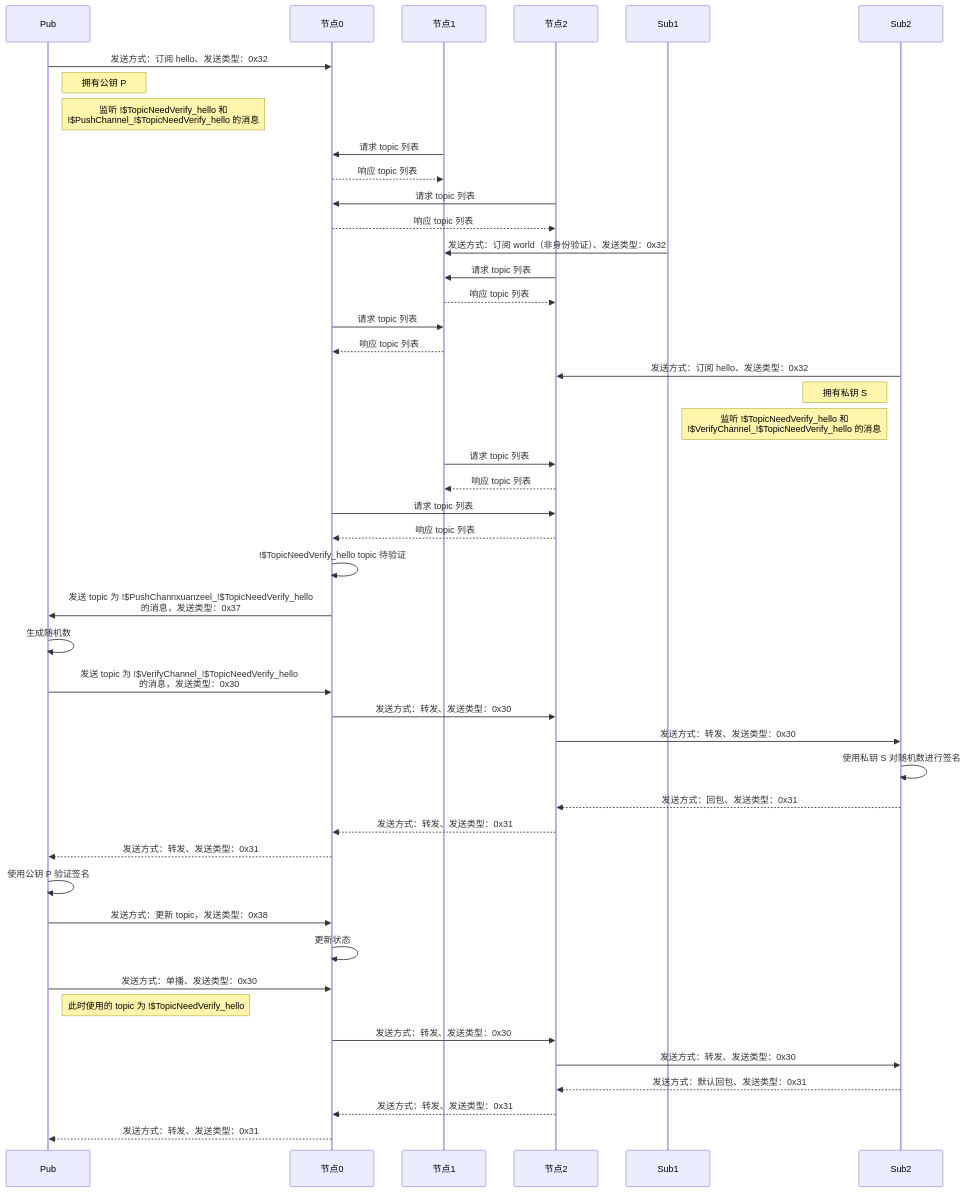
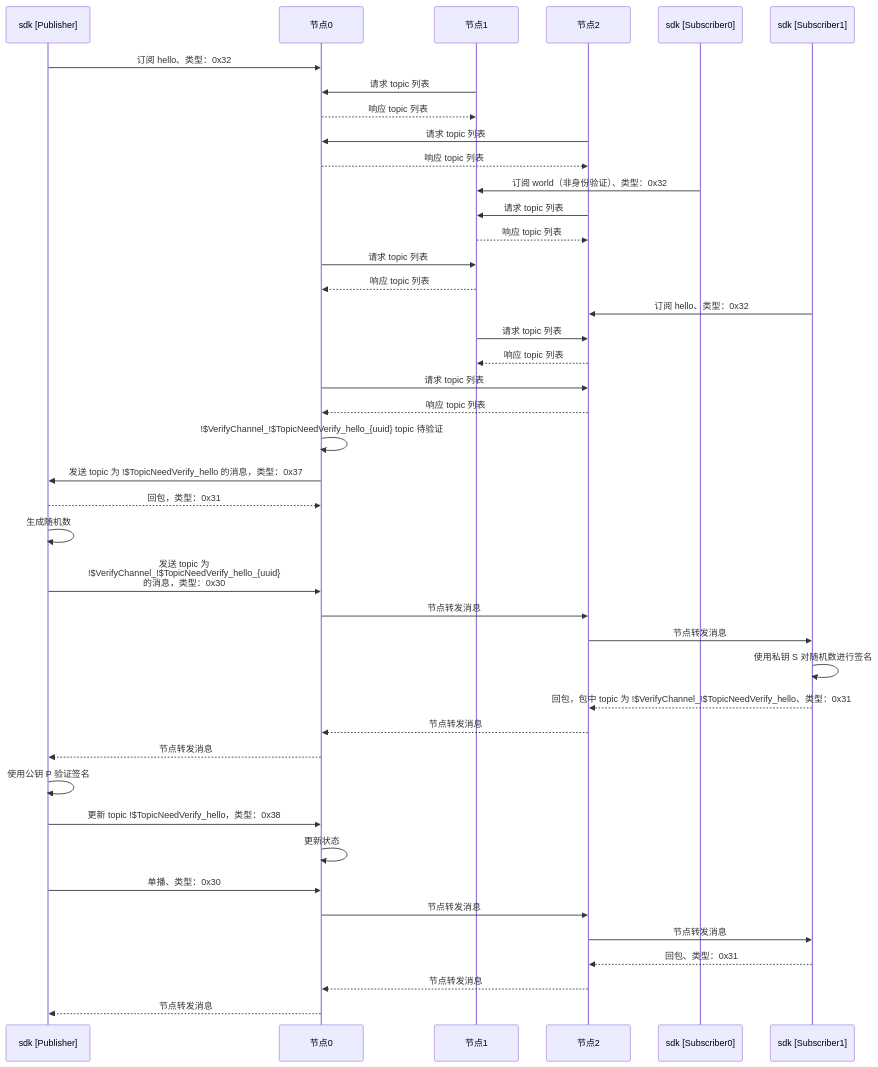
Before and after one commit to sulenn/blogDir: the third of 3 diagrams in practice/实习期工作计划/工作产出/amop/时序图.md, drawn with Mermaid. The commit also changed other lines of this file and 13 other files, not shown here.

````diff
--- a/practice/实习期工作计划/工作产出/amop/时序图.md
+++ b/practice/实习期工作计划/工作产出/amop/时序图.md
@@ -80,93 +109,84 @@
 ```mermaid
 sequenceDiagram
-  
-  participant Pub
+        participant sdk [Publisher]
 
-  participant 节点0
- 
-  participant 节点1
-  
-  participant 节点2
+        participant 节点0
+        
+        participant 节点1
+        
+        participant 节点2
 
-  participant Sub1
-  
-  participant Sub2
-  
-  Pub->>节点0: 发送方式：订阅 hello、发送类型：0x32
-  
-  Note right of Pub: 拥有公钥 P
-  
-  Note right of Pub: 监听 !$TopicNeedVerify_hello 和<br>!$PushChannel_!$TopicNeedVerify_hello 的消息
-  
-  节点1->>节点0: 请求 topic 列表
-  
-  节点0-->>节点1: 响应 topic 列表
-  
-  节点2->>节点0: 请求 topic 列表
-  
-  节点0-->>节点2: 响应 topic 列表
+        participant sdk [Subscriber0]
+        
+        participant sdk [Subscriber1]
+        
+        sdk [Publisher]->>节点0: 订阅 hello、类型：0x32
+        
+        节点1->>节点0: 请求 topic 列表
+        
+        节点0-->>节点1: 响应 topic 列表
+        
+        节点2->>节点0: 请求 topic 列表
+        
+        节点0-->>节点2: 响应 topic 列表
 
-  Sub1->>节点1: 发送方式：订阅 world（非身份验证）、发送类型：0x32
-  
-  节点2 ->> 节点1: 请求 topic 列表
-  
-  节点1-->>节点2: 响应 topic 列表
-  
-  节点0->>节点1: 请求 topic 列表
-  
-  节点1-->>节点0: 响应 topic 列表
-  
-  Sub2->>节点2: 发送方式：订阅 hello、发送类型：0x32
-  
-  Note left of Sub2: 拥有私钥 S
-  
-  Note left of Sub2: 监听 !$TopicNeedVerify_hello 和<br>!$VerifyChannel_!$TopicNeedVerify_hello 的消息
-  
-  节点1 ->> 节点2: 请求 topic 列表
-  
-  节点2-->>节点1: 响应 topic 列表
-  
-  节点0->>节点2: 请求 topic 列表
-  
-  节点2-->>节点0: 响应 topic 列表
+        sdk [Subscriber0]->>节点1: 订阅 world（非身份验证）、类型：0x32
+        
+        节点2 ->> 节点1: 请求 topic 列表
+        
+        节点1-->>节点2: 响应 topic 列表
+        
+        节点0->>节点1: 请求 topic 列表
+        
+        节点1-->>节点0: 响应 topic 列表
+        
+        sdk [Subscriber1]->>节点2: 订阅 hello、类型：0x32
+        
+        节点1 ->> 节点2: 请求 topic 列表
+        
+        节点2-->>节点1: 响应 topic 列表
+        
+        节点0->>节点2: 请求 topic 列表
+        
+        节点2-->>节点0: 响应 topic 列表
 
-  节点0->>节点0: !$TopicNeedVerify_hello topic 待验证
+        节点0->>节点0: !$VerifyChannel_!$TopicNeedVerify_hello_{uuid} topic 待验证
 
-  节点0->>Pub: 发送 topic 为 !$PushChannxuanzeel_!$TopicNeedVerify_hello<br>的消息，发送类型：0x37
-  
-  Pub->>Pub: 生成随机数
-  
-  Pub->>节点0: 发送 topic 为 !$VerifyChannel_!$TopicNeedVerify_hello<br>的消息，发送类型：0x30
-  
-  节点0->>节点2: 发送方式：转发、发送类型：0x30
-  
-  节点2->>Sub2: 发送方式：转发、发送类型：0x30
-  
-  Sub2->>Sub2: 使用私钥 S 对随机数进行签名
-  
-  Sub2-->>节点2: 发送方式：回包、发送类型：0x31
-  
-  节点2-->>节点0: 发送方式：转发、发送类型：0x31
-  
-  节点0-->>Pub: 发送方式：转发、发送类型：0x31
-   
-  Pub->>Pub: 使用公钥 P 验证签名
-  
-  Pub->>节点0: 发送方式：更新 topic，发送类型：0x38
-  
-  节点0->>节点0: 更新状态
-  
-  Pub->>节点0: 发送方式：单播、发送类型：0x30
-  
-  Note right of Pub: 此时使用的 topic 为 !$TopicNeedVerify_hello
+        节点0->>sdk [Publisher]: 发送 topic 为 !$TopicNeedVerify_hello 的消息，类型：0x37
+        
+        sdk [Publisher]-->>节点0: 回包，类型：0x31
+        
+        sdk [Publisher]->>sdk [Publisher]: 生成随机数
+        
+        sdk [Publisher]->>节点0: 发送 topic 为<br> !$VerifyChannel_!$TopicNeedVerify_hello_{uuid} <br>的消息，类型：0x30
+        
+        节点0->>节点2: 节点转发消息
+        
+        节点2->>sdk [Subscriber1]: 节点转发消息
+        
+        sdk [Subscriber1]->>sdk [Subscriber1]: 使用私钥 S 对随机数进行签名
+        
+        sdk [Subscriber1]-->>节点2: 回包，包中 topic 为 !$VerifyChannel_!$TopicNeedVerify_hello、类型：0x31
+        
+        节点2-->>节点0: 节点转发消息
+        
+        节点0-->>sdk [Publisher]: 节点转发消息
+        
+        sdk [Publisher]->>sdk [Publisher]: 使用公钥 P 验证签名
+        
+        sdk [Publisher]->>节点0: 更新 topic  !$TopicNeedVerify_hello，类型：0x38
+        
+        节点0->>节点0: 更新状态
+        
+        sdk [Publisher]->>节点0: 单播、类型：0x30
 
-  节点0->>节点2: 发送方式：转发、发送类型：0x30
-  
-  节点2->>Sub2: 发送方式：转发、发送类型：0x30
+        节点0->>节点2: 节点转发消息
+        
+        节点2->>sdk [Subscriber1]: 节点转发消息
 
-  Sub2-->>节点2: 发送方式：默认回包、发送类型：0x31
+        sdk [Subscriber1]-->>节点2: 回包、类型：0x31
 
-  节点2-->>节点0: 发送方式：转发、发送类型：0x31
+        节点2-->>节点0: 节点转发消息
 
-  节点0-->>Pub: 发送方式：转发、发送类型：0x31
+        节点0-->>sdk [Publisher]: 节点转发消息
 ```
````
